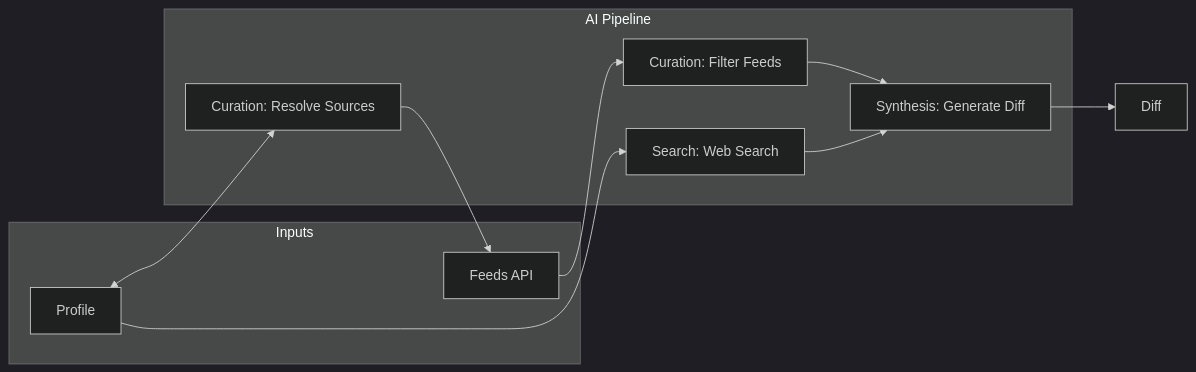
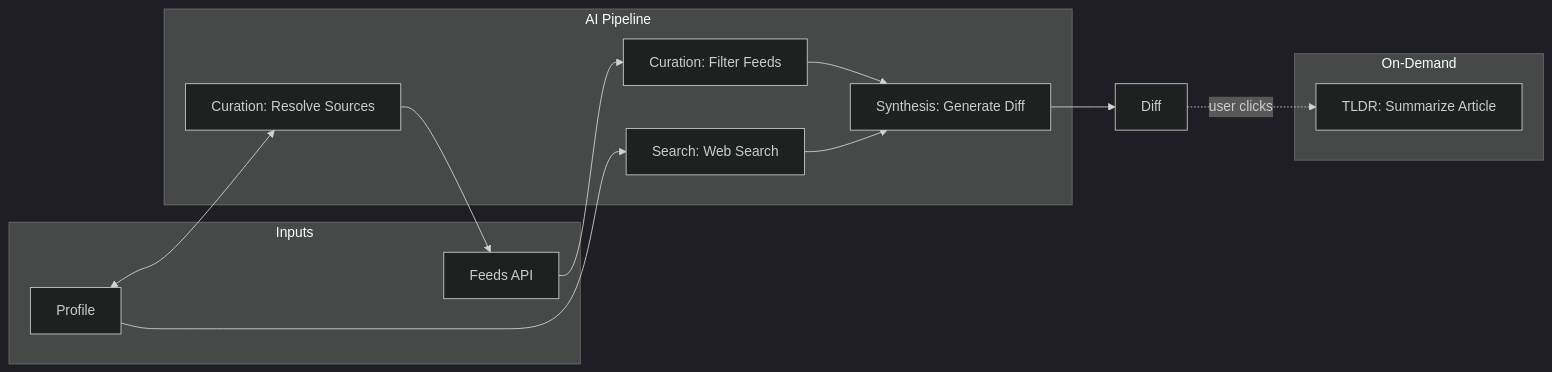
Before and after one commit to SmileyChris/difflog: the diagram in docs/ai.md, drawn with Mermaid (dark theme). The commit also changed other lines of this file and 15 other files, not shown here.

````diff
--- a/docs/ai.md
+++ b/docs/ai.md
@@ -23,22 +23,27 @@
 ```mermaid
 graph LR
     subgraph Inputs
         P[Profile]
         F[Feeds API]
     end
 
     subgraph "AI Pipeline"
         H1[Curation: Resolve Sources]
         H2[Curation: Filter Feeds]
         S1[Search: Web Search]
         S2[Synthesis: Generate Diff]
     end
 
+    subgraph "On-Demand"
+        T[TLDR: Summarize Article]
+    end
+
     P <--> H1
     H1 --> F
     F --> H2
     P --> S1
     H2 --> S2
     S1 --> S2
     S2 --> D[Diff]
+    D -.->|user clicks| T
 ```
````
